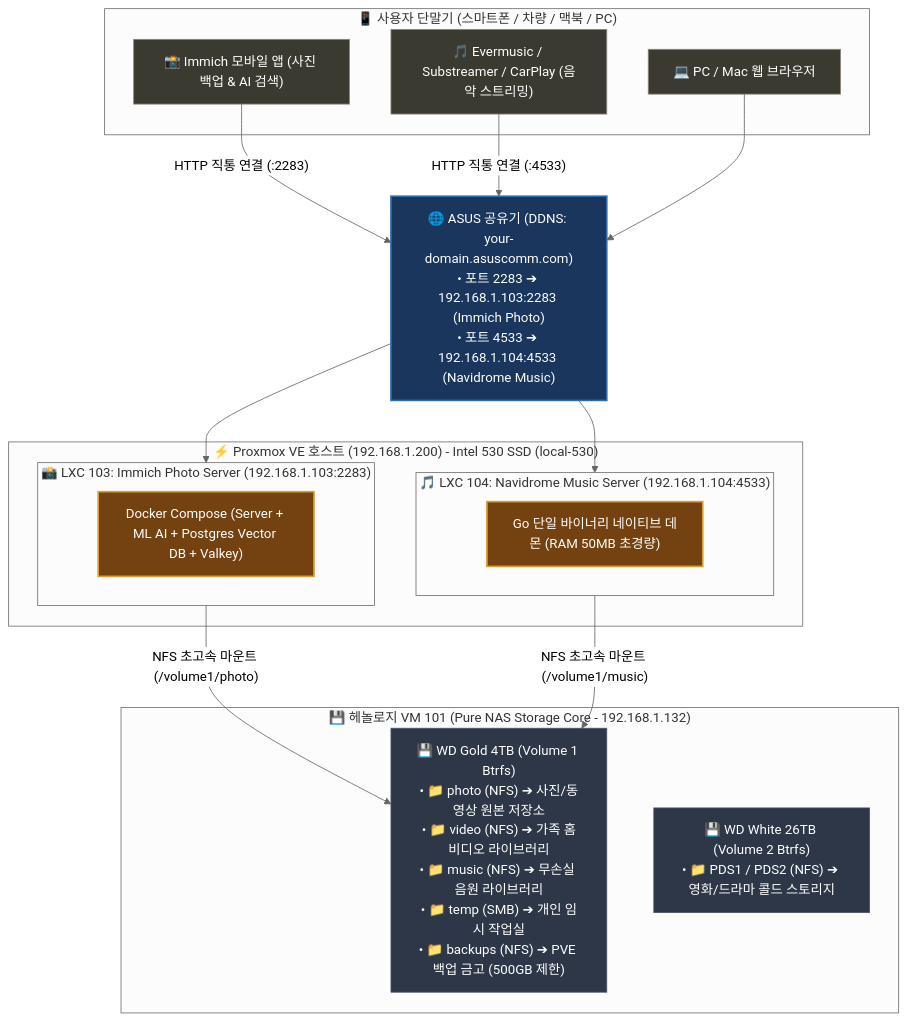
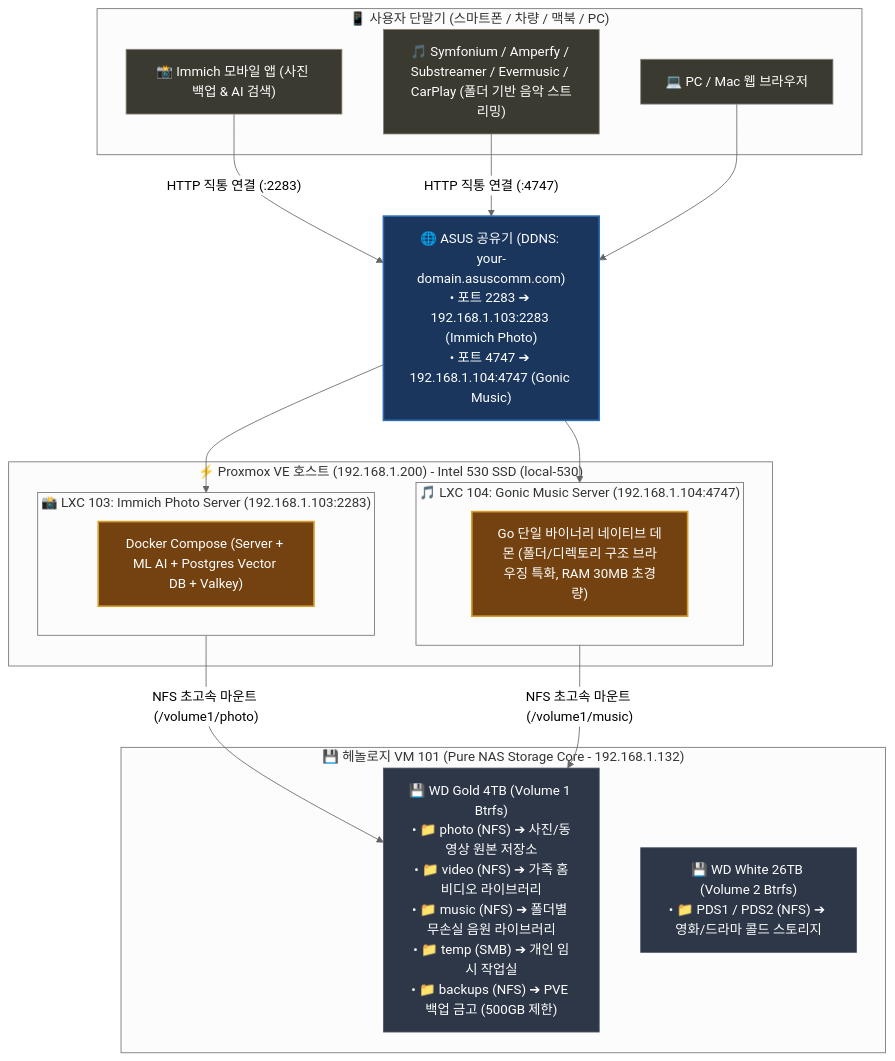
The diagram in self-nas/docs/09_immich_caddy_https_and_storage_setup.md (waceh/nas), drawn with Mermaid (neutral theme) before and after one commit. The commit also changed other lines of this file and 6 other files, not shown here.

Commit message:
docs: Navidrome에서 Gonic(디렉토리/폴더 기반 스트리밍)으로 음악 서버 전면 전환

````diff
--- a/self-nas/docs/09_immich_caddy_https_and_storage_setup.md
+++ b/self-nas/docs/09_immich_caddy_https_and_storage_setup.md
@@ -9,45 +9,45 @@
 ```mermaid
 flowchart TB
     %% Styles
     classDef client fill:#3b3a30,stroke:#8c827a,stroke-width:1px,color:#fff;
     classDef pve fill:#1a365d,stroke:#2b6cb0,stroke-width:2px,color:#fff;
     classDef lxc fill:#744210,stroke:#d69e2e,stroke-width:2px,color:#fff;
     classDef storage fill:#2d3748,stroke:#4a5568,stroke-width:1px,color:#fff;
 
     %% Clients
     subgraph Clients["📱 사용자 단말기 (스마트폰 / 차량 / 맥북 / PC)"]
         MobilePhoto["📸 Immich 모바일 앱 (사진 백업 & AI 검색)"]:::client
-        MobileMusic["🎵 Evermusic / Substreamer / CarPlay (음악 스트리밍)"]:::client
+        MobileMusic["🎵 Symfonium / Amperfy / Substreamer / Evermusic / CarPlay (폴더 기반 음악 스트리밍)"]:::client
         Browser["💻 PC / Mac 웹 브라우저"]:::client
     end
 
     %% Router
-    Router["🌐 ASUS 공유기 (DDNS: your-domain.asuscomm.com)<br/>• 포트 2283 ➔ 192.168.1.103:2283 (Immich Photo)<br/>• 포트 4533 ➔ 192.168.1.104:4533 (Navidrome Music)"]:::pve
+    Router["🌐 ASUS 공유기 (DDNS: your-domain.asuscomm.com)<br/>• 포트 2283 ➔ 192.168.1.103:2283 (Immich Photo)<br/>• 포트 4747 ➔ 192.168.1.104:4747 (Gonic Music)"]:::pve
 
     %% Proxmox Native LXC (Intel 530 SSD local-530 위 구동)
     subgraph PVE_Host["⚡ Proxmox VE 호스트 (192.168.1.200) - Intel 530 SSD (local-530)"]
         subgraph LXC103["📸 LXC 103: Immich Photo Server (192.168.1.103:2283)"]
             ImmichStack["Docker Compose (Server + ML AI + Postgres Vector DB + Valkey)"]:::lxc
         end
 
-        subgraph LXC104["🎵 LXC 104: Navidrome Music Server (192.168.1.104:4533)"]
-            NavidromeNative["Go 단일 바이너리 네이티브 데몬 (RAM 50MB 초경량)"]:::lxc
+        subgraph LXC104["🎵 LXC 104: Gonic Music Server (192.168.1.104:4747)"]
+            GonicNative["Go 단일 바이너리 네이티브 데몬 (폴더/디렉토리 구조 브라우징 특화, RAM 30MB 초경량)"]:::lxc
         end
     end
 
     %% 헤놀로지 VM 101 (Pure NAS Storage Core)
     subgraph StorageCore["💾 헤놀로지 VM 101 (Pure NAS Storage Core - 192.168.1.132)"]
-        WD_Gold["💾 WD Gold 4TB (Volume 1 Btrfs)<br/>• 📁 photo (NFS) ➔ 사진/동영상 원본 저장소<br/>• 📁 video (NFS) ➔ 가족 홈비디오 라이브러리<br/>• 📁 music (NFS) ➔ 무손실 음원 라이브러리<br/>• 📁 temp (SMB) ➔ 개인 임시 작업실<br/>• 📁 backups (NFS) ➔ PVE 백업 금고 (500GB 제한)"]:::storage
+        WD_Gold["💾 WD Gold 4TB (Volume 1 Btrfs)<br/>• 📁 photo (NFS) ➔ 사진/동영상 원본 저장소<br/>• 📁 video (NFS) ➔ 가족 홈비디오 라이브러리<br/>• 📁 music (NFS) ➔ 폴더별 무손실 음원 라이브러리<br/>• 📁 temp (SMB) ➔ 개인 임시 작업실<br/>• 📁 backups (NFS) ➔ PVE 백업 금고 (500GB 제한)"]:::storage
         WD_White["💾 WD White 26TB (Volume 2 Btrfs)<br/>• 📁 PDS1 / PDS2 (NFS) ➔ 영화/드라마 콜드 스토리지"]:::storage
     end
 
     %% Connections
     MobilePhoto -->|"HTTP 직통 연결 (:2283)"| Router
-    MobileMusic -->|"HTTP 직통 연결 (:4533)"| Router
+    MobileMusic -->|"HTTP 직통 연결 (:4747)"| Router
     Browser --> Router
     Router --> LXC103
     Router --> LXC104
     
     LXC103 -->|"NFS 초고속 마운트 (/volume1/photo)"| WD_Gold
     LXC104 -->|"NFS 초고속 마운트 (/volume1/music)"| WD_Gold
 ```
````
